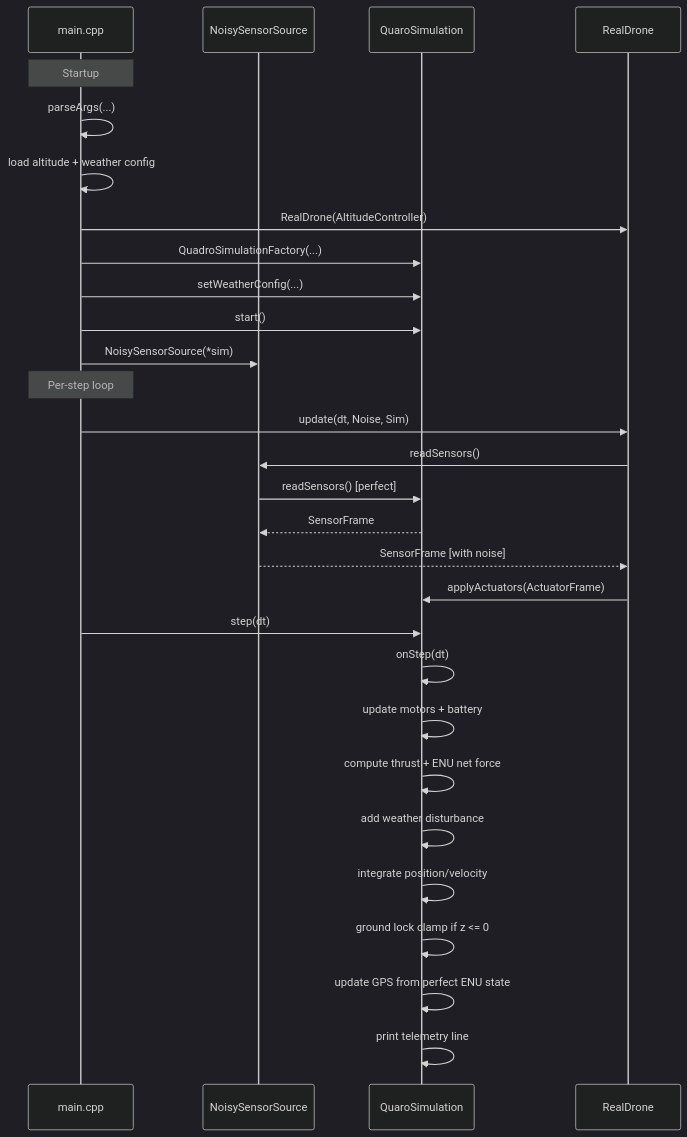
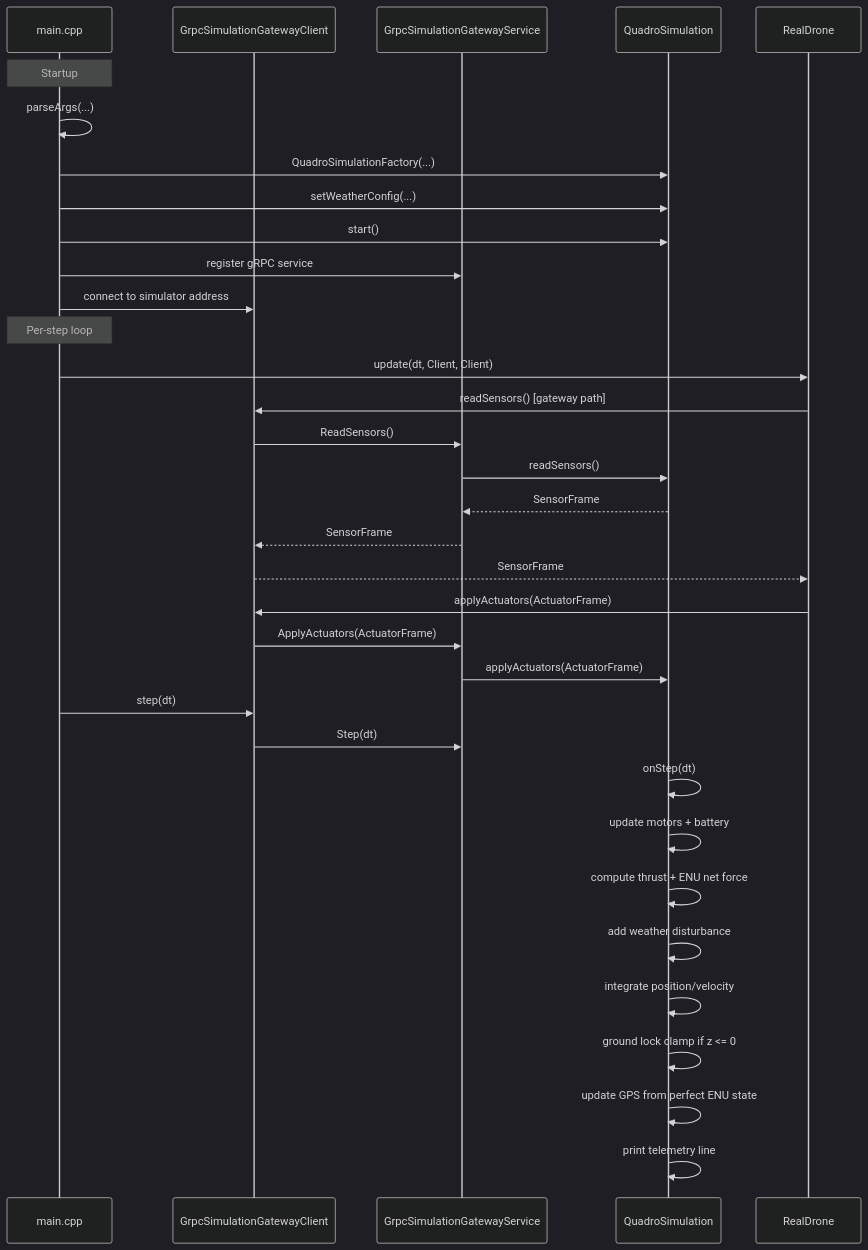
Before and after one commit to dohtem81/virtDrone: the diagram in docs/tutorials/simulation-real-drone-interaction.md, drawn with Mermaid (dark theme). The commit also changed other lines of this file and 34 other files, not shown here.

First line of the commit message:
Implement gRPC-based simulation gateway and control session

````diff
--- a/docs/tutorials/simulation-real-drone-interaction.md
+++ b/docs/tutorials/simulation-real-drone-interaction.md
@@ -36,34 +46,39 @@
 ```mermaid
 sequenceDiagram
     participant Main as main.cpp
-    participant Noise as NoisySensorSource
-    participant Sim as QuaroSimulation
+    participant Client as GrpcSimulationGatewayClient
+    participant Server as GrpcSimulationGatewayService
+    participant Sim as QuadroSimulation
     participant Real as RealDrone
 
     Note over Main: Startup
     Main->>Main: parseArgs(...)
-    Main->>Main: load altitude + weather config
-    Main->>Real: RealDrone(AltitudeController)
     Main->>Sim: QuadroSimulationFactory(...)
     Main->>Sim: setWeatherConfig(...)
     Main->>Sim: start()
-    Main->>Noise: NoisySensorSource(*sim)
+    Main->>Server: register gRPC service
+    Main->>Client: connect to simulator address
 
     Note over Main: Per-step loop
-    Main->>Real: update(dt, Noise, Sim)
-    Real->>Noise: readSensors()
-    Noise->>Sim: readSensors() [perfect]
-    Sim-->>Noise: SensorFrame
-    Noise-->>Real: SensorFrame [with noise]
-    Real->>Sim: applyActuators(ActuatorFrame)
+    Main->>Real: update(dt, Client, Client)
+    Real->>Client: readSensors() [gateway path]
+    Client->>Server: ReadSensors()
+    Server->>Sim: readSensors()
+    Sim-->>Server: SensorFrame
+    Server-->>Client: SensorFrame
+    Client-->>Real: SensorFrame
+    Real->>Client: applyActuators(ActuatorFrame)
+    Client->>Server: ApplyActuators(ActuatorFrame)
+    Server->>Sim: applyActuators(ActuatorFrame)
 
-    Main->>Sim: step(dt)
+    Main->>Client: step(dt)
+    Client->>Server: Step(dt)
     Sim->>Sim: onStep(dt)
     Sim->>Sim: update motors + battery
     Sim->>Sim: compute thrust + ENU net force
     Sim->>Sim: add weather disturbance
     Sim->>Sim: integrate position/velocity
     Sim->>Sim: ground lock clamp if z <= 0
     Sim->>Sim: update GPS from perfect ENU state
     Sim->>Sim: print telemetry line
 ```
````
